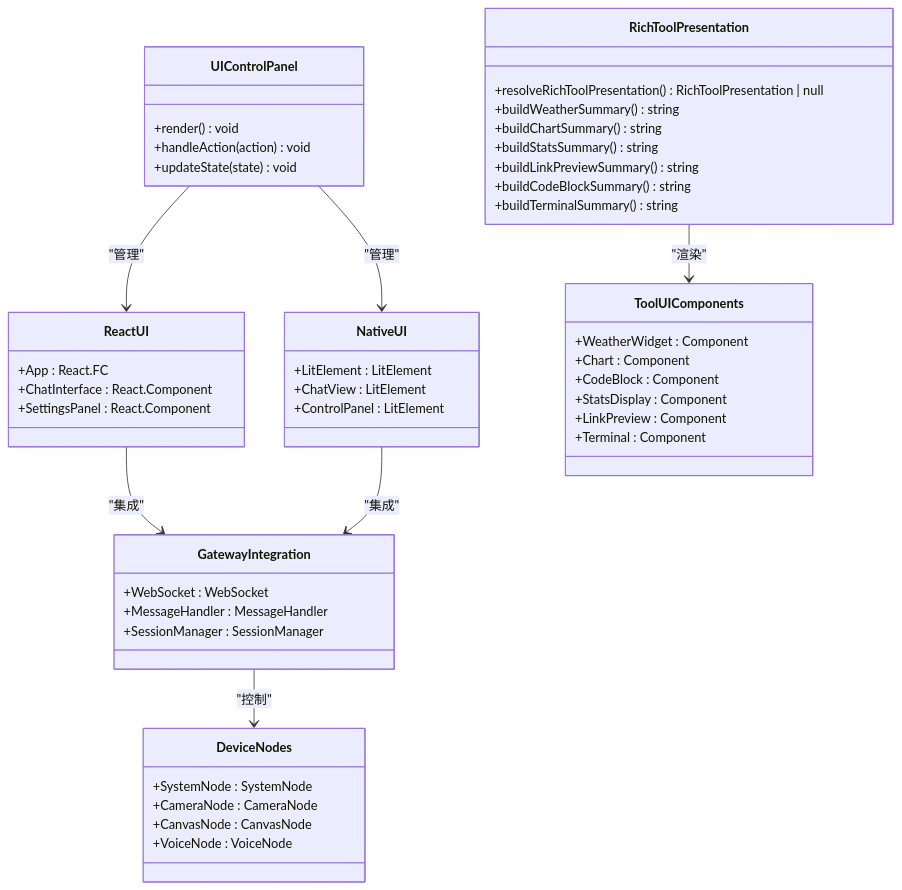
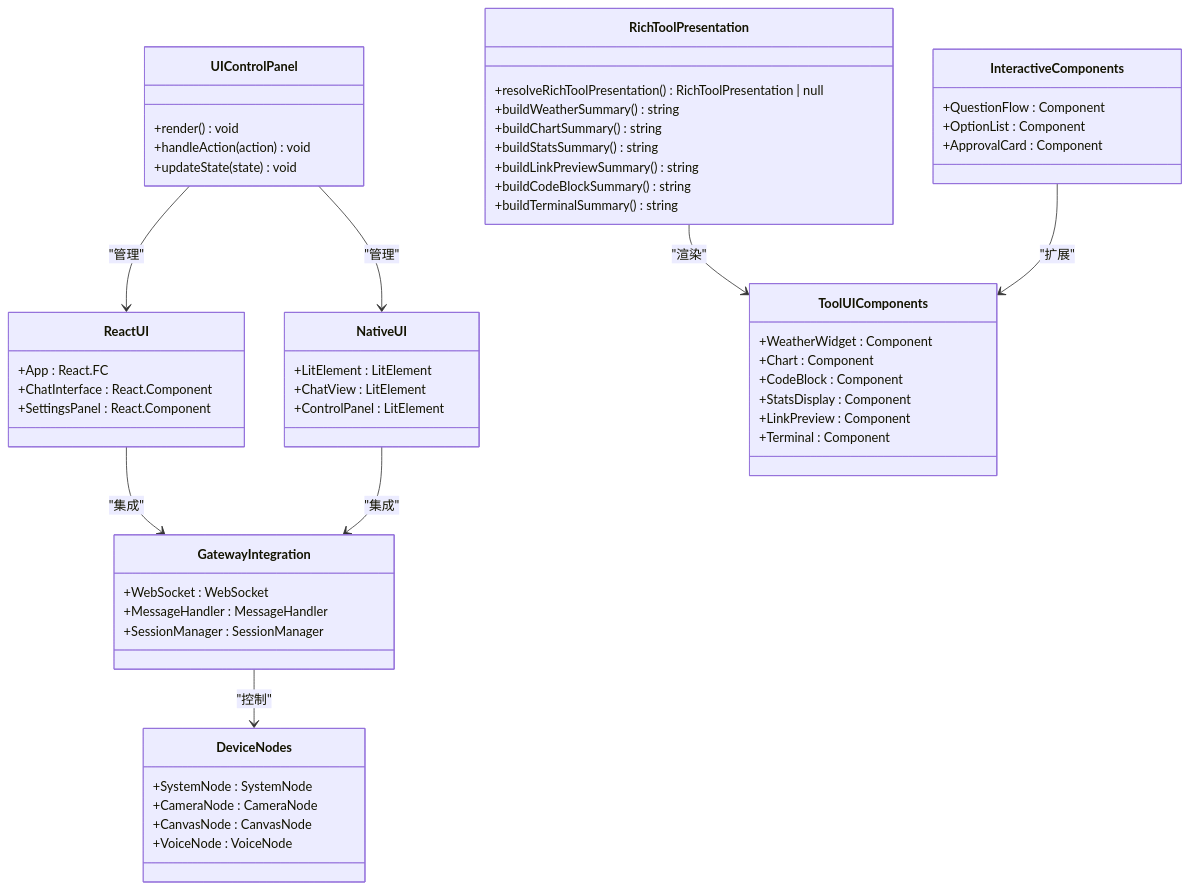
The second of 19 diagrams in .qoder/repowiki/zh/content/Web界面/UI组件系统/工具UI组件/富工具UI基础设施.md (verse-ai-org/openclaw), drawn with Mermaid before and after one commit. The commit also changed other lines of this file and 11 other files, not shown here.

````diff
--- a/.qoder/repowiki/zh/content/Web界面/UI组件系统/工具UI组件/富工具UI基础设施.md
+++ b/.qoder/repowiki/zh/content/Web界面/UI组件系统/工具UI组件/富工具UI基础设施.md
@@ -125,52 +148,58 @@
 ```mermaid
 classDiagram
 class UIControlPanel {
 +render() void
 +handleAction(action) void
 +updateState(state) void
 }
 class ReactUI {
 +App : React.FC
 +ChatInterface : React.Component
 +SettingsPanel : React.Component
 }
 class NativeUI {
 +LitElement : LitElement
 +ChatView : LitElement
 +ControlPanel : LitElement
 }
 class GatewayIntegration {
 +WebSocket : WebSocket
 +MessageHandler : MessageHandler
 +SessionManager : SessionManager
 }
 class DeviceNodes {
 +SystemNode : SystemNode
 +CameraNode : CameraNode
 +CanvasNode : CanvasNode
 +VoiceNode : VoiceNode
 }
 class RichToolPresentation {
 +resolveRichToolPresentation() RichToolPresentation | null
 +buildWeatherSummary() string
 +buildChartSummary() string
 +buildStatsSummary() string
 +buildLinkPreviewSummary() string
 +buildCodeBlockSummary() string
 +buildTerminalSummary() string
 }
 class ToolUIComponents {
 +WeatherWidget : Component
 +Chart : Component
 +CodeBlock : Component
 +StatsDisplay : Component
 +LinkPreview : Component
 +Terminal : Component
 }
+class InteractiveComponents {
++QuestionFlow : Component
++OptionList : Component
++ApprovalCard : Component
+}
 ReactUI --> GatewayIntegration : "集成"
 NativeUI --> GatewayIntegration : "集成"
 GatewayIntegration --> DeviceNodes : "控制"
 UIControlPanel --> ReactUI : "管理"
 UIControlPanel --> NativeUI : "管理"
 RichToolPresentation --> ToolUIComponents : "渲染"
+InteractiveComponents --> ToolUIComponents : "扩展"
 ```
````
